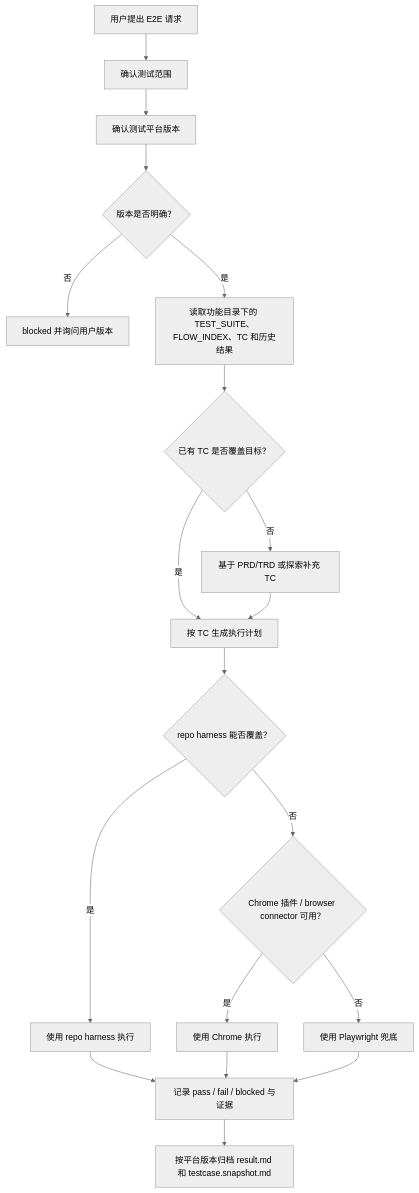
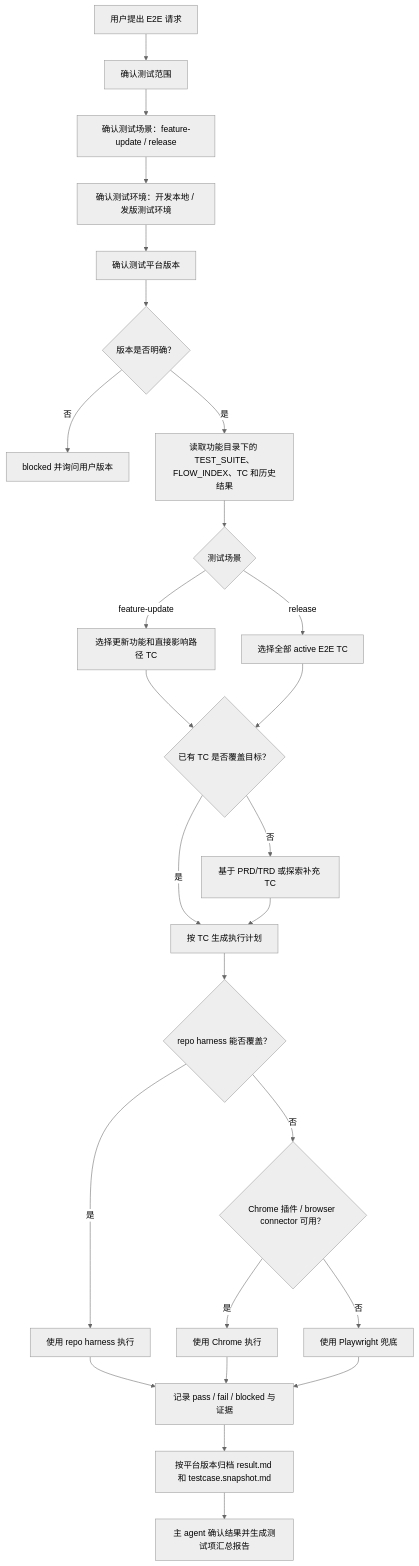
Before and after one commit to Neplich/dev-agent-skills: the first of 3 diagrams in docs/pm/qa-e2e-case-memory/PRD.md, drawn with Mermaid (neutral theme). The commit also changed other lines of this file, not shown here.

````diff
--- a/docs/pm/qa-e2e-case-memory/PRD.md
+++ b/docs/pm/qa-e2e-case-memory/PRD.md
@@ -141,21 +161,28 @@
 ```mermaid
 flowchart TD
     Request["用户提出 E2E 请求"] --> Scope["确认测试范围"]
-    Scope --> Version["确认测试平台版本"]
+    Scope --> Scenario["确认测试场景：feature-update / release"]
+    Scenario --> Env["确认测试环境：开发本地 / 发版测试环境"]
+    Env --> Version["确认测试平台版本"]
     Version --> VersionCheck{"版本是否明确？"}
     VersionCheck -->|否| BlockedVersion["blocked 并询问用户版本"]
     VersionCheck -->|是| ReadCases["读取功能目录下的 TEST_SUITE、FLOW_INDEX、TC 和历史结果"]
-    ReadCases --> Reuse{"已有 TC 是否覆盖目标？"}
+    ReadCases --> ScopeMode{"测试场景"}
+    ScopeMode -->|feature-update| ImpactScope["选择更新功能和直接影响路径 TC"]
+    ScopeMode -->|release| FullScope["选择全部 active E2E TC"]
+    ImpactScope --> Reuse{"已有 TC 是否覆盖目标？"}
+    FullScope --> Reuse
     Reuse -->|是| Plan["按 TC 生成执行计划"]
     Reuse -->|否| Expand["基于 PRD/TRD 或探索补充 TC"]
     Expand --> Plan
     Plan --> Harness{"repo harness 能否覆盖？"}
     Harness -->|是| RepoRun["使用 repo harness 执行"]
     Harness -->|否| Chrome{"Chrome 插件 / browser connector 可用？"}
     Chrome -->|是| ChromeRun["使用 Chrome 执行"]
     Chrome -->|否| PlaywrightRun["使用 Playwright 兜底"]
     RepoRun --> Result["记录 pass / fail / blocked 与证据"]
     ChromeRun --> Result
     PlaywrightRun --> Result
     Result --> Archive["按平台版本归档 result.md 和 testcase.snapshot.md"]
+    Archive --> Summary["主 agent 确认结果并生成测试项汇总报告"]
 ```
````
